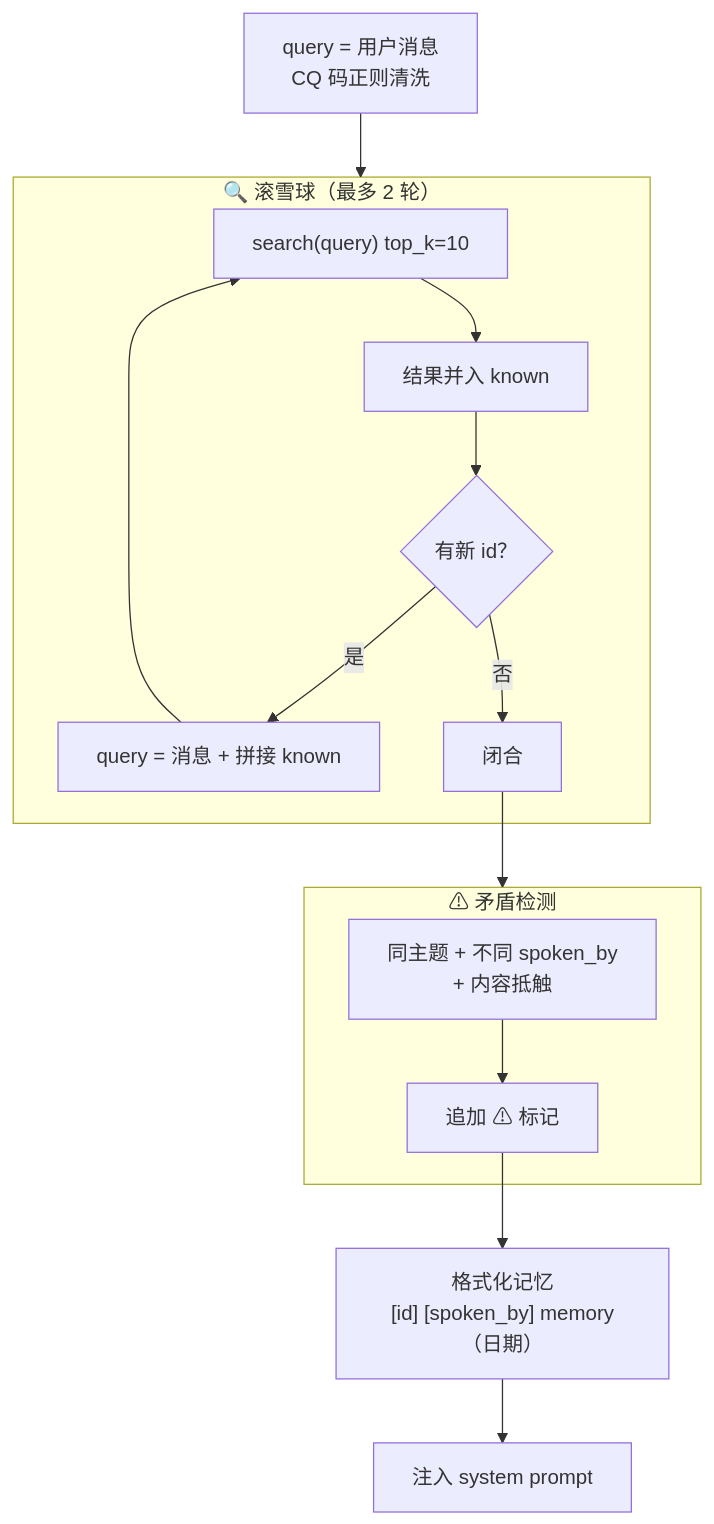
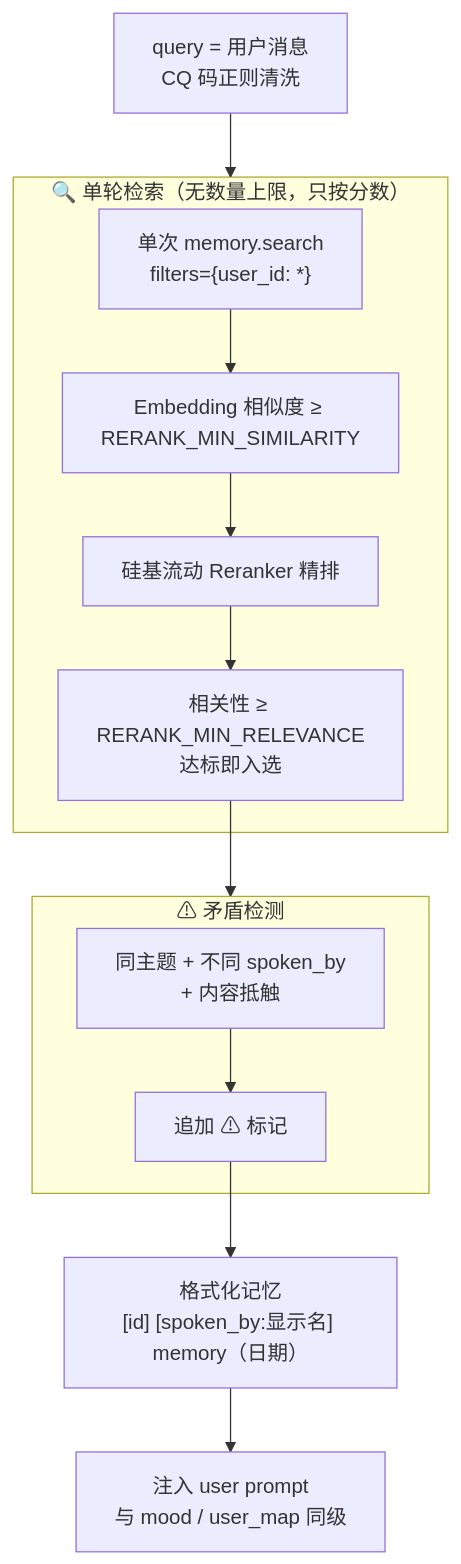
One commit to DiliuPengyun/a-qq-bot-exercise changed the second of 4 diagrams in memory-flow.md. Above: the diagram before and after it, drawn with Mermaid. The commit also changed other lines of this file and 28 other files, not shown here.

````diff
--- a/memory-flow.md
+++ b/memory-flow.md
@@ -39,22 +42,20 @@
 ```mermaid
 flowchart TD
     START["query = 用户消息<br/>CQ 码正则清洗"] --> SEARCH
 
-    subgraph SEARCH["🔍 滚雪球（最多 2 轮）"]
-        S1["search(query) top_k=10"] --> S2["结果并入 known"]
-        S2 --> S3{"有新 id？"}
-        S3 -- 是 --> S4["query = 消息 + 拼接 known"]
-        S4 --> S1
-        S3 -- 否 --> S5["闭合"]
+    subgraph SEARCH["🔍 单轮检索（无数量上限，只按分数）"]
+        S1["单次 memory.search<br/>filters={user_id: *}"] --> S2["Embedding 相似度 ≥ RERANK_MIN_SIMILARITY"]
+        S2 --> S3["硅基流动 Reranker 精排"]
+        S3 --> S4["相关性 ≥ RERANK_MIN_RELEVANCE<br/>达标即入选"]
     end
 
-    S5 --> CONFLICT
+    S4 --> CONFLICT
 
     subgraph CONFLICT["⚠ 矛盾检测"]
         C1["同主题 + 不同 spoken_by<br/>+ 内容抵触"] --> C2["追加 ⚠ 标记"]
     end
 
-    C2 --> FORMAT["格式化记忆<br/>[id] [spoken_by] memory（日期）"]
+    C2 --> FORMAT["格式化记忆<br/>[id] [spoken_by:显示名] memory（日期）"]
 
-    FORMAT --> INJECT["注入 system prompt"]
+    FORMAT --> INJECT["注入 user prompt<br/>与 mood / user_map 同级"]
 ```
````
